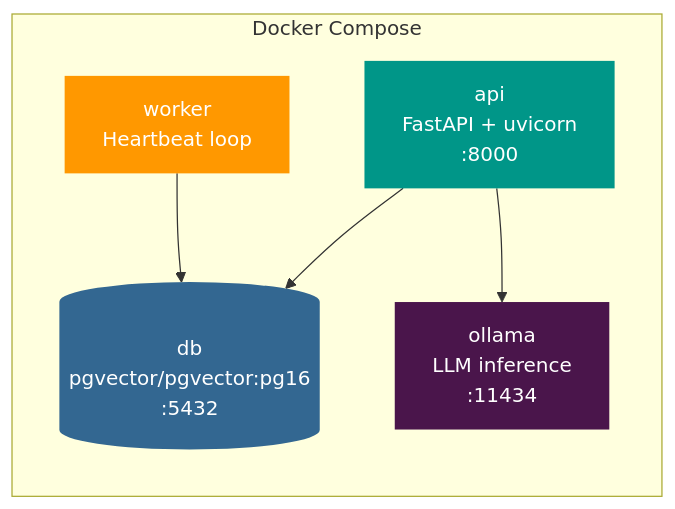
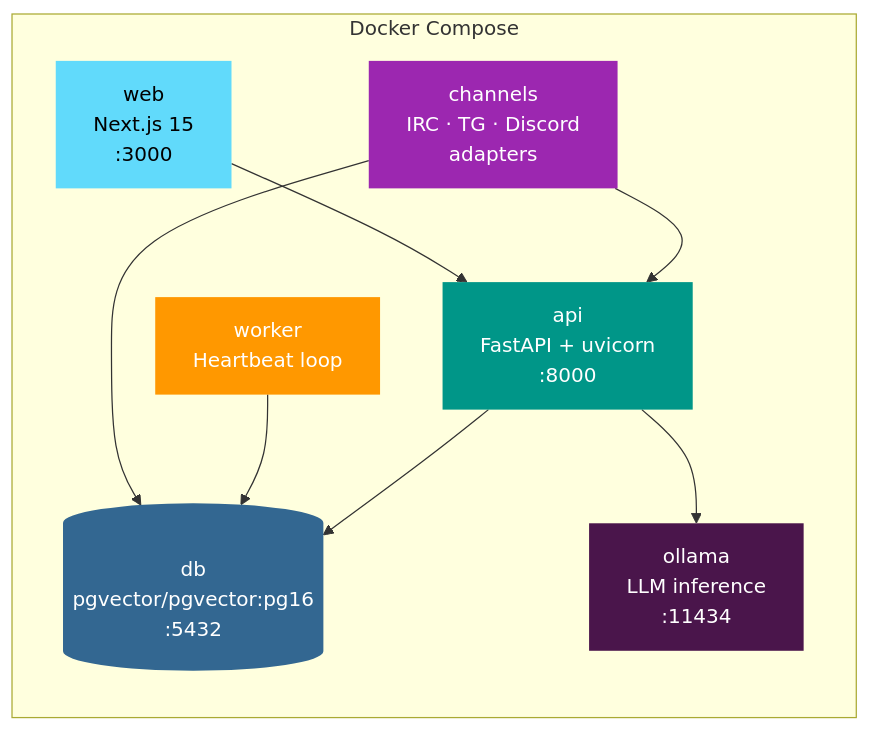
One commit to h4ksclaw/learnharness changed the third of 3 diagrams in README.md. Above: the diagram before and after it, drawn with Mermaid. The commit also changed other lines of this file, not shown here.

First line of the commit message:
Update README: architecture diagrams, container stack, tech stack, endpoints

````diff
--- a/README.md
+++ b/README.md
@@ -120,18 +124,25 @@
 ```mermaid
 graph LR
     subgraph Docker Compose
         DB[("db<br/>pgvector/pgvector:pg16<br/>:5432")]
         API2["api<br/>FastAPI + uvicorn<br/>:8000"]
         WRK["worker<br/>Heartbeat loop"]
+        CHN["channels<br/>IRC · TG · Discord<br/>adapters"]
+        WEB["web<br/>Next.js 15<br/>:3000"]
         OLL["ollama<br/>LLM inference<br/>:11434"]
     end
 
     API2 --> DB
     WRK --> DB
+    CHN --> API2
+    CHN --> DB
+    WEB --> API2
     API2 --> OLL
 
     style DB fill:#336791,stroke:none,color:#fff
     style API2 fill:#009688,stroke:none,color:#fff
     style WRK fill:#FF9800,stroke:none,color:#fff
+    style CHN fill:#9C27B0,stroke:none,color:#fff
+    style WEB fill:#61DAFB,stroke:none,color:#000
     style OLL fill:#4A154B,stroke:none,color:#fff
 ```
````
